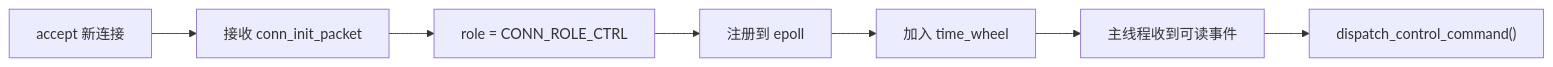
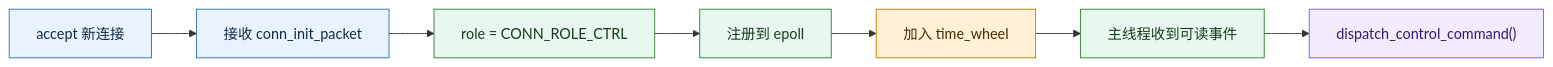
The third of 10 diagrams in docs/V5整体项目架构详解.md (panlong-studio/WindCloud_V4), drawn with Mermaid before and after one commit. The commit also changed other lines of this file and 5 other files, not shown here.

````diff
--- a/docs/V5整体项目架构详解.md
+++ b/docs/V5整体项目架构详解.md
@@ -327,9 +353,19 @@
 ```mermaid
 flowchart LR
     A["accept 新连接"] --> B["接收 conn_init_packet"]
     B --> C["role = CONN_ROLE_CTRL"]
     C --> D["注册到 epoll"]
     D --> E["加入 time_wheel"]
     E --> F["主线程收到可读事件"]
     F --> G["dispatch_control_command()"]
+
+    classDef accept fill:#E8F3FF,stroke:#2F6FB6,color:#102A43
+    classDef ctrl fill:#E9F8EF,stroke:#2E7D32,color:#173B1A
+    classDef timer fill:#FFF1D6,stroke:#C77700,color:#4A2B00
+    classDef dispatch fill:#F3ECFF,stroke:#7C4DFF,color:#2D1B69
+
+    class A,B accept
+    class C,D,F ctrl
+    class E timer
+    class G dispatch
 ```
````
